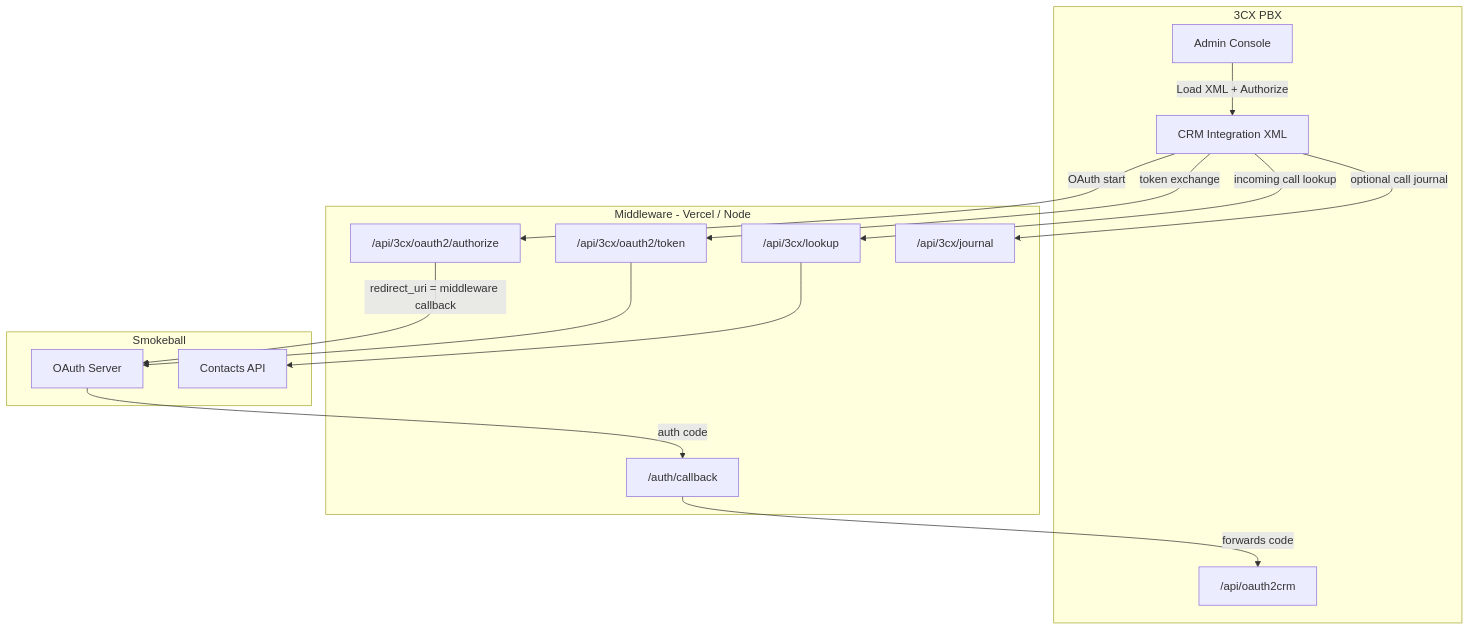
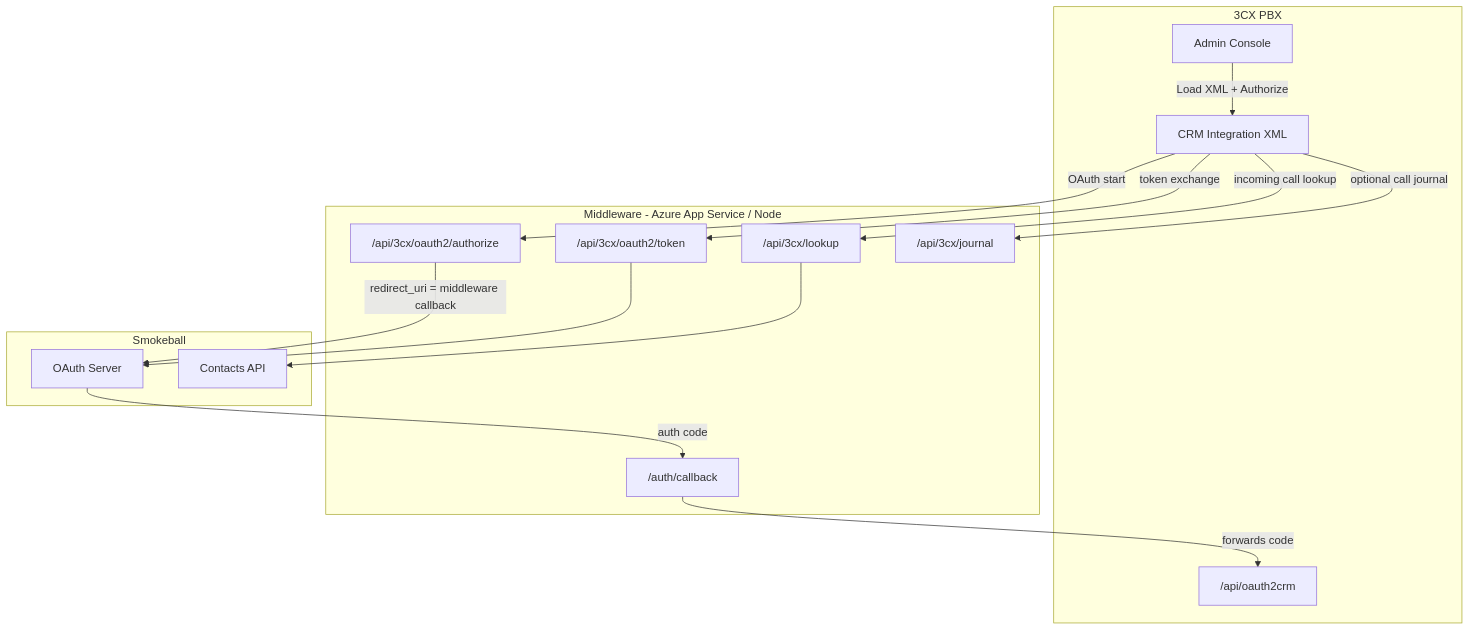
The diagram in README.md (ITT-Pty-Ltd/Smokeball3cxITTProd), drawn with Mermaid before and after one commit. The commit also changed other lines of this file and 8 other files, not shown here.

````diff
--- a/README.md
+++ b/README.md
@@ -21,32 +21,32 @@
 ```mermaid
 flowchart TB
     subgraph pbx [3CX PBX]
         Admin[Admin Console]
         CRM[CRM Integration XML]
         OAuth3CX["/api/oauth2crm"]
     end
 
-    subgraph middleware [Middleware - Vercel / Node]
+    subgraph middleware [Middleware - Azure App Service / Node]
         AuthZ["/api/3cx/oauth2/authorize"]
         Callback["/auth/callback"]
         Token["/api/3cx/oauth2/token"]
         Lookup["/api/3cx/lookup"]
         Journal["/api/3cx/journal"]
     end
 
     subgraph smokeball [Smokeball]
         AuthServer[OAuth Server]
         API[Contacts API]
     end
 
     Admin -->|Load XML + Authorize| CRM
     CRM -->|OAuth start| AuthZ
     AuthZ -->|redirect_uri = middleware callback| AuthServer
     AuthServer -->|auth code| Callback
     Callback -->|forwards code| OAuth3CX
     CRM -->|token exchange| Token
     Token --> AuthServer
     CRM -->|incoming call lookup| Lookup
     Lookup --> API
     CRM -->|optional call journal| Journal
 ```
````
